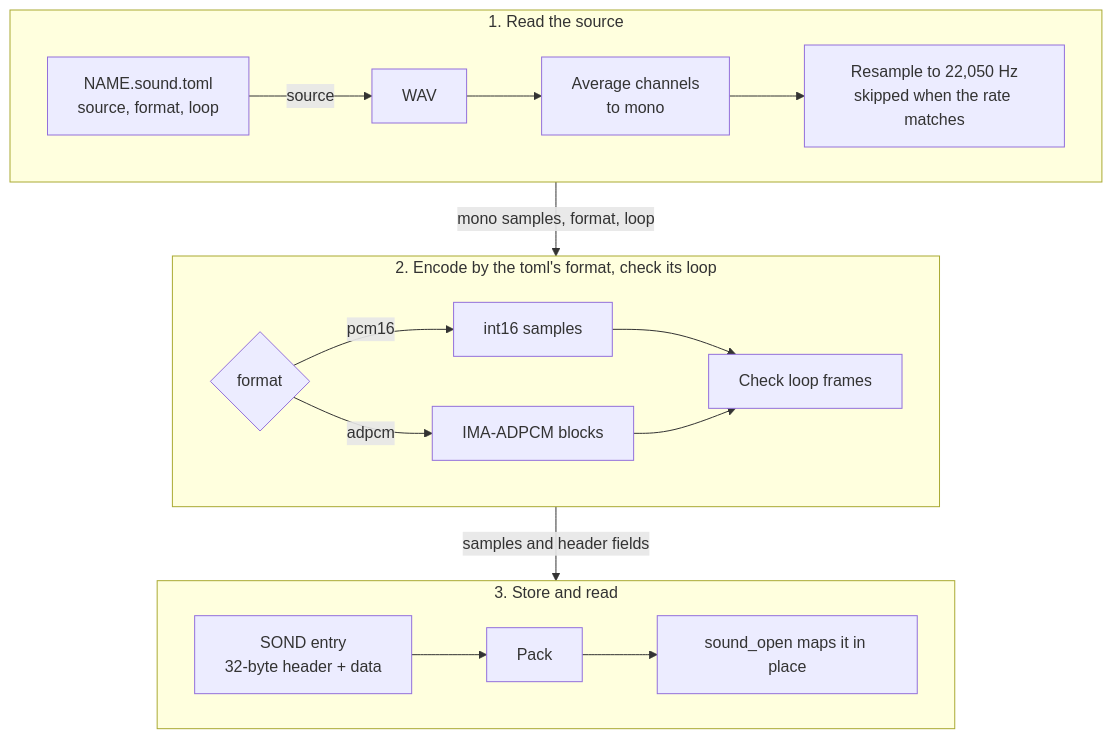
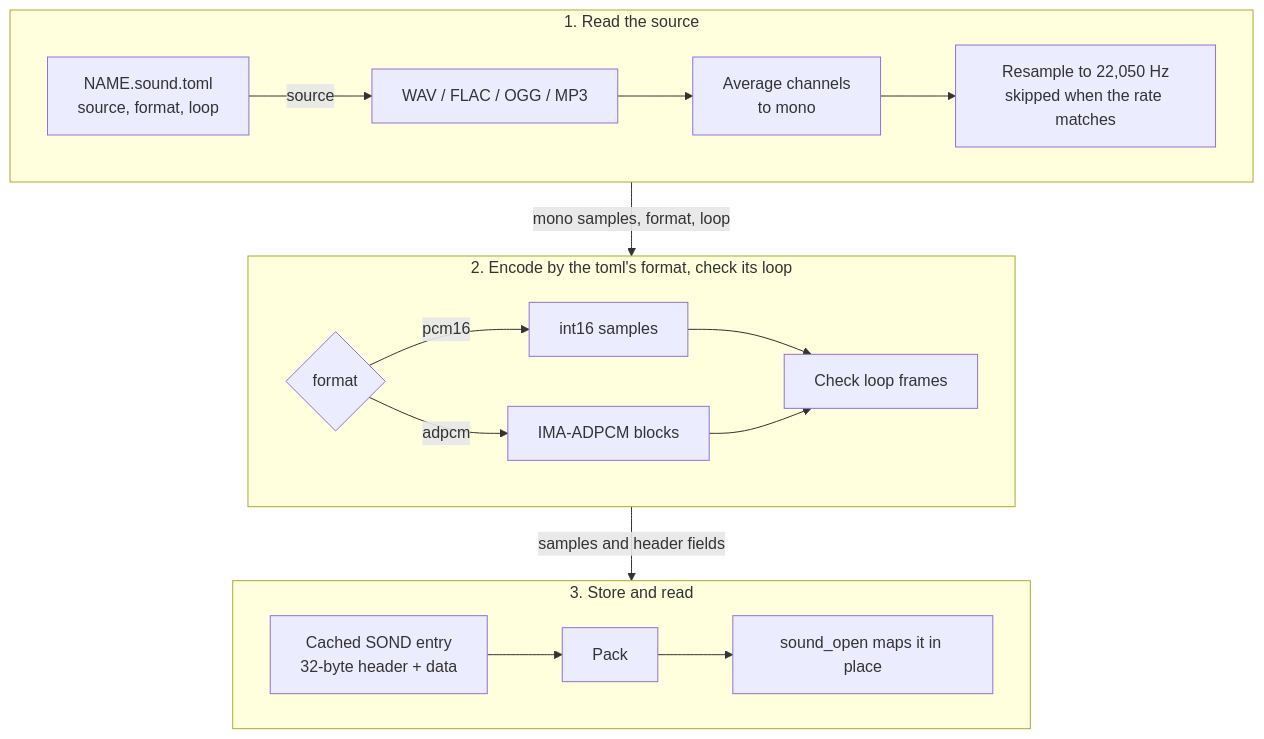
One commit to jose-villegas/autana changed the fourth of 4 diagrams in docs/audio/Sound-Assets.md. Above: the diagram before and after it, drawn with Mermaid. The commit also changed other lines of this file and 37 other files, not shown here.

Commit message:
sound: bake assets and play sounds from any pack

````diff
--- a/docs/audio/Sound-Assets.md
+++ b/docs/audio/Sound-Assets.md
@@ -104,23 +142,23 @@
 ```mermaid
 flowchart TB
     subgraph Source["1. Read the source"]
         direction LR
-        T["NAME.sound.toml<br/>source, format, loop"] -->|source| W[WAV]
+        T["NAME.sound.toml<br/>source, format, loop"] -->|source| W["WAV / FLAC / OGG / MP3"]
         W --> M[Average channels<br/>to mono]
         M --> R["Resample to 22,050 Hz<br/>skipped when the rate matches"]
     end
     subgraph Encode["2. Encode by the toml's format, check its loop"]
         direction LR
         F{format} -->|pcm16| P[int16 samples]
         F -->|adpcm| A[IMA-ADPCM blocks]
         P --> L[Check loop frames]
         A --> L
     end
     subgraph Use["3. Store and read"]
         direction LR
-        S["SOND entry<br/>32-byte header + data"] --> K[Pack]
+        S["Cached SOND entry<br/>32-byte header + data"] --> K[Pack]
         K --> O[sound_open maps it in place]
     end
     Source -->|mono samples, format, loop| Encode
     Encode -->|samples and header fields| Use
 ```
````
